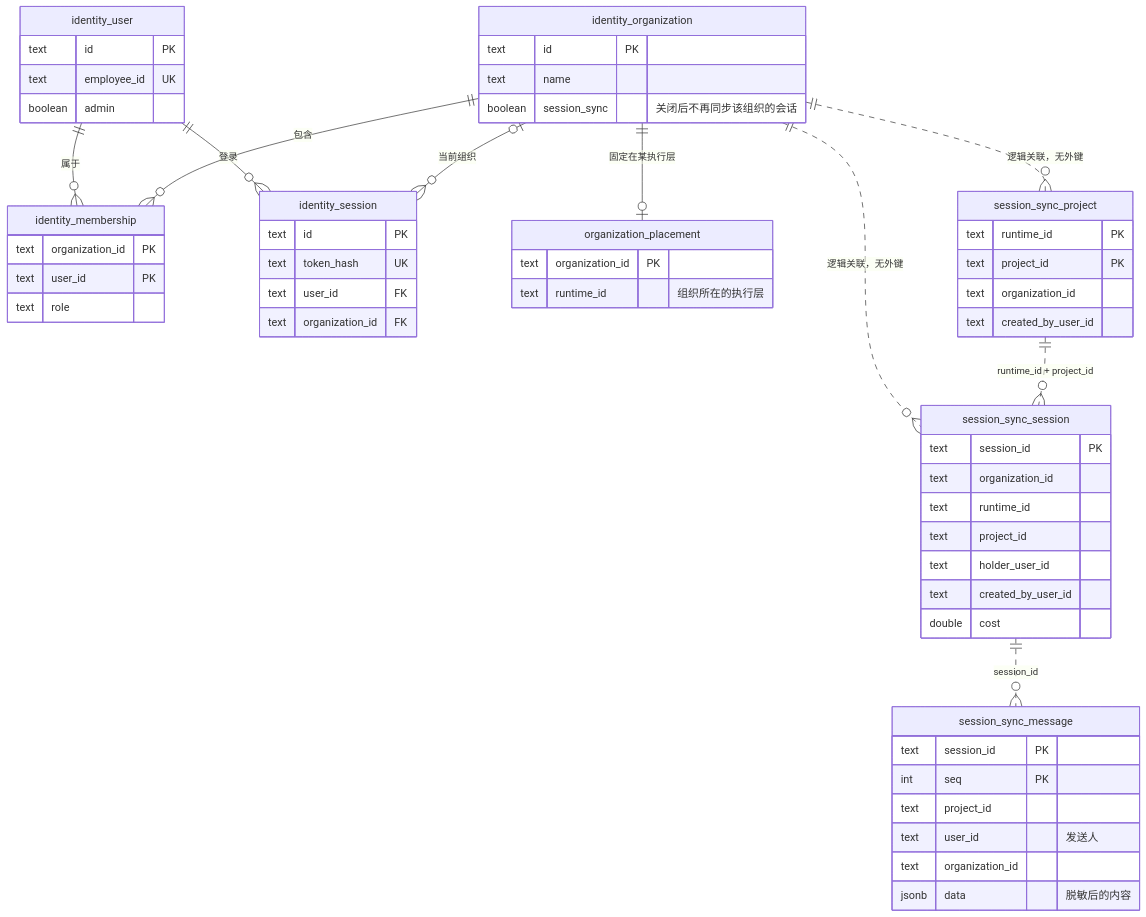
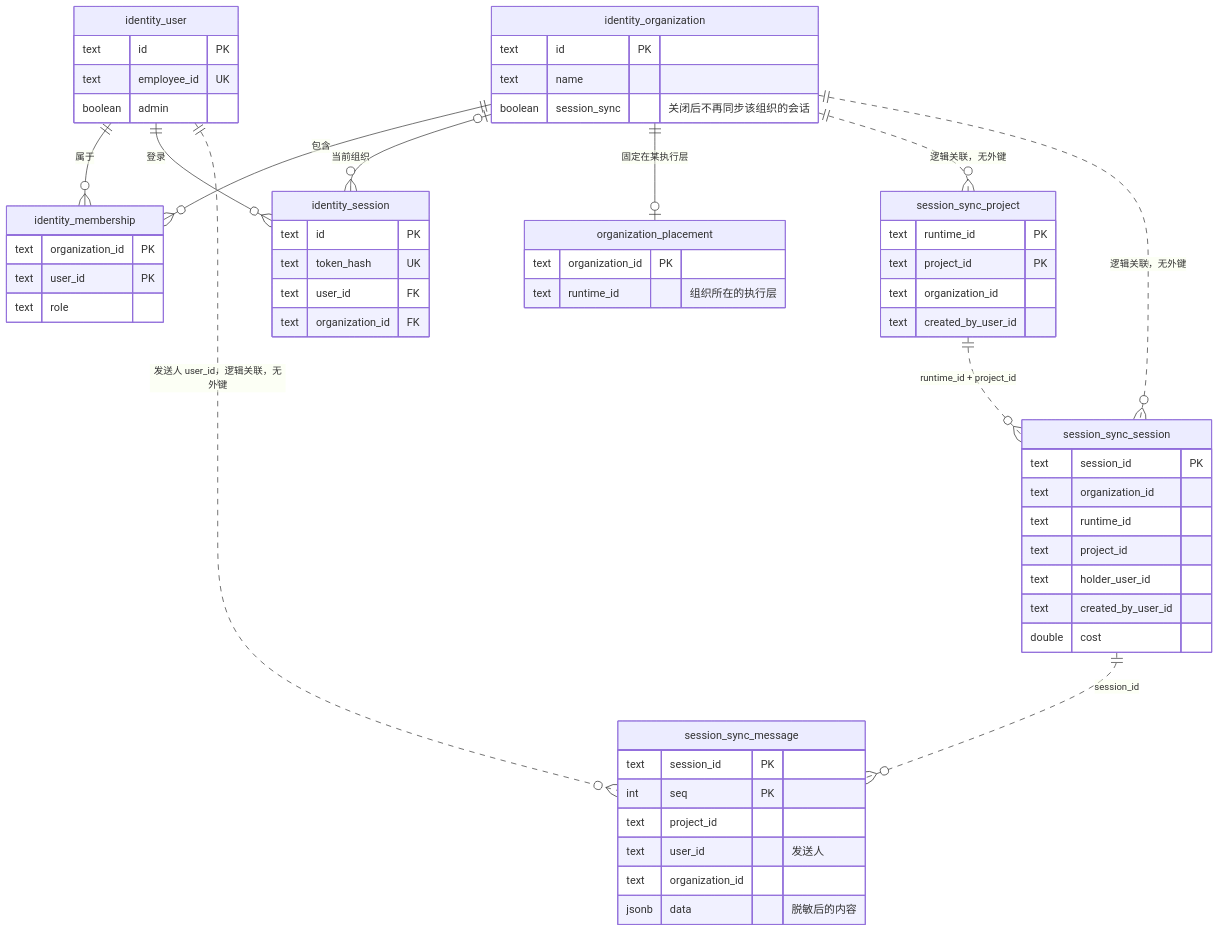
The third of 3 diagrams in README.md (JackLuguibin/opencode-ex), drawn with Mermaid before and after one commit. The commit also changed other lines of this file, not shown here.

Commit message:
docs: show the message sender in the architecture diagrams

````diff
--- a/README.md
+++ b/README.md
@@ -129,61 +129,62 @@
 ```mermaid
 erDiagram
     identity_user ||--o{ identity_membership : "属于"
     identity_organization ||--o{ identity_membership : "包含"
     identity_user ||--o{ identity_session : "登录"
     identity_organization |o--o{ identity_session : "当前组织"
     identity_organization ||--o| organization_placement : "固定在某执行层"
     identity_organization ||..o{ session_sync_project : "逻辑关联，无外键"
     identity_organization ||..o{ session_sync_session : "逻辑关联，无外键"
     session_sync_project ||..o{ session_sync_session : "runtime_id + project_id"
     session_sync_session ||..o{ session_sync_message : "session_id"
+    identity_user ||..o{ session_sync_message : "发送人 user_id，逻辑关联，无外键"
 
     identity_user {
         text id PK
         text employee_id UK
         boolean admin
     }
     identity_organization {
         text id PK
         text name
         boolean session_sync "关闭后不再同步该组织的会话"
     }
     identity_membership {
         text organization_id PK
         text user_id PK
         text role
     }
     identity_session {
         text id PK
         text token_hash UK
         text user_id FK
         text organization_id FK
     }
     organization_placement {
         text organization_id PK
         text runtime_id "组织所在的执行层"
     }
     session_sync_project {
         text runtime_id PK
         text project_id PK
         text organization_id
         text created_by_user_id
     }
     session_sync_session {
         text session_id PK
         text organization_id
         text runtime_id
         text project_id
         text holder_user_id
         text created_by_user_id
         double cost
     }
     session_sync_message {
         text session_id PK
         int seq PK
         text project_id
         text user_id "发送人"
         text organization_id
         jsonb data "脱敏后的内容"
     }
 ```
````
